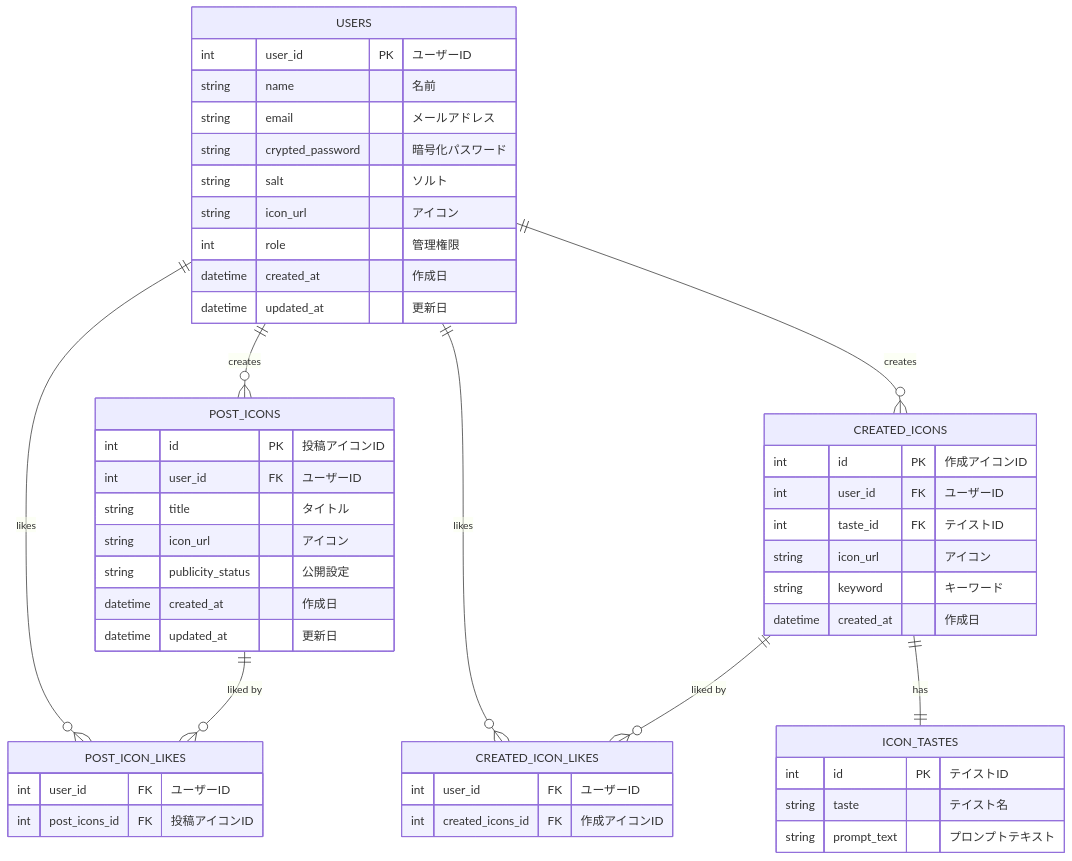
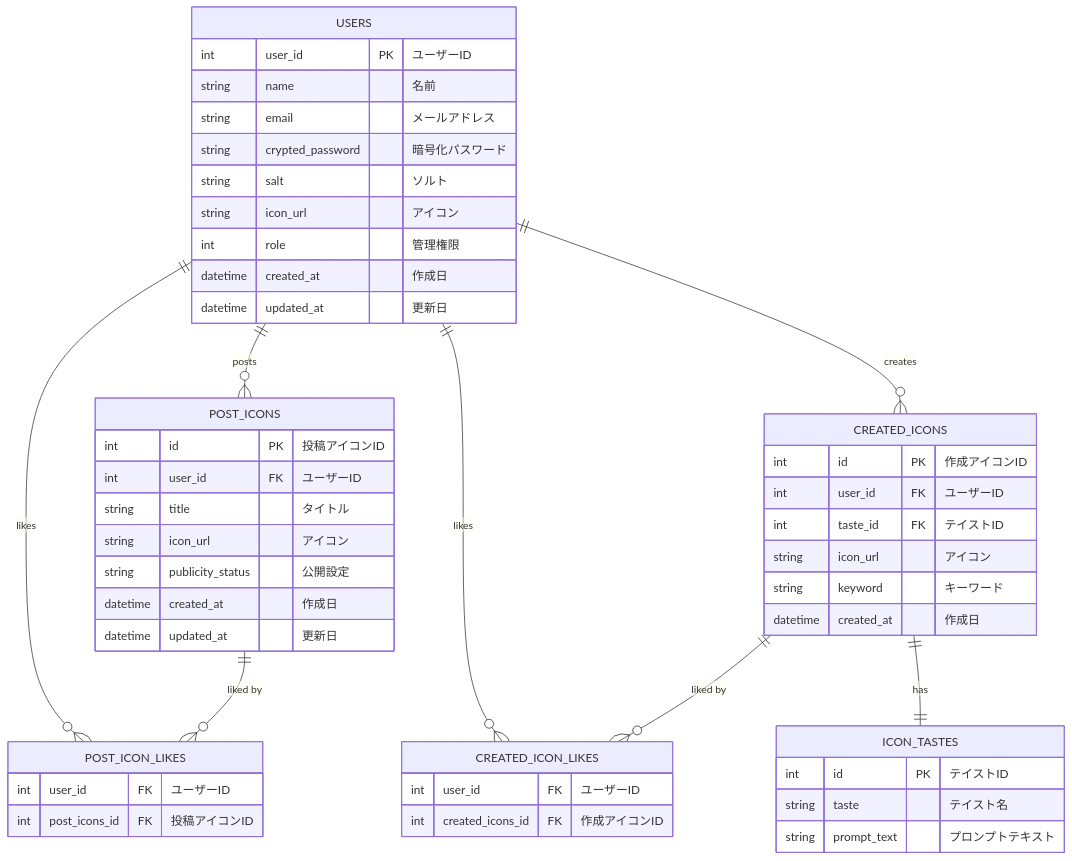
The diagram in README.md (takuya4520/aicon-app), drawn with Mermaid before and after one commit.

Commit message:
edit: ER図

````diff
--- a/README.md
+++ b/README.md
@@ -78,59 +78,59 @@
 ```mermaid
 erDiagram
     USERS {
         int user_id PK "ユーザーID"
         string name "名前"
         string email "メールアドレス"
         string crypted_password "暗号化パスワード"
         string salt "ソルト"
         string icon_url "アイコン"
         int role "管理権限"
         datetime created_at "作成日"
         datetime updated_at "更新日"
     }
 
     POST_ICONS {
         int id PK "投稿アイコンID"
         int user_id FK "ユーザーID"
         string title "タイトル"
         string icon_url "アイコン"
         string publicity_status "公開設定"
         datetime created_at "作成日"
         datetime updated_at "更新日"
     }
 
     CREATED_ICONS {
         int id PK "作成アイコンID"
         int user_id FK "ユーザーID"
         int taste_id FK "テイストID"
         string icon_url "アイコン"
         string keyword "キーワード"
         datetime created_at "作成日"
     }
 
     ICON_TASTES {
         int id PK "テイストID"
         string taste "テイスト名"
         string prompt_text "プロンプトテキスト"
     }
 
     POST_ICON_LIKES {
         int user_id FK "ユーザーID"
         int post_icons_id FK "投稿アイコンID"
     }
 
     CREATED_ICON_LIKES {
         int user_id FK "ユーザーID"
         int created_icons_id FK "作成アイコンID"
     }
 
-    USERS ||--o{ POST_ICONS : "creates"
+    USERS ||--o{ POST_ICONS : "posts"
     USERS ||--o{ CREATED_ICONS : "creates"
     USERS ||--o{ POST_ICON_LIKES : "likes"
     USERS ||--o{ CREATED_ICON_LIKES : "likes"
 
     POST_ICONS ||--o{ POST_ICON_LIKES : "liked by"
     CREATED_ICONS ||--o{ CREATED_ICON_LIKES : "liked by"
     CREATED_ICONS ||--|| ICON_TASTES : "has"
 
 ```
````
